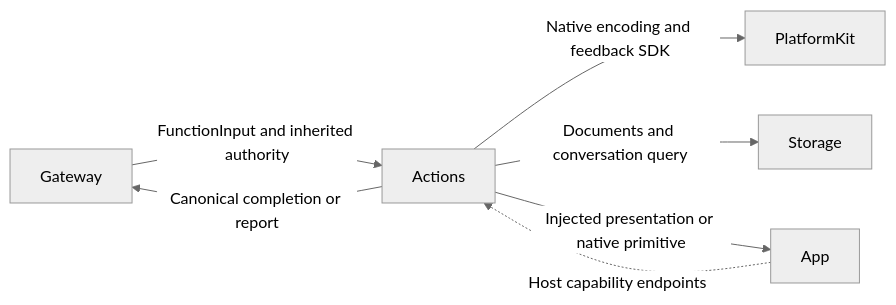
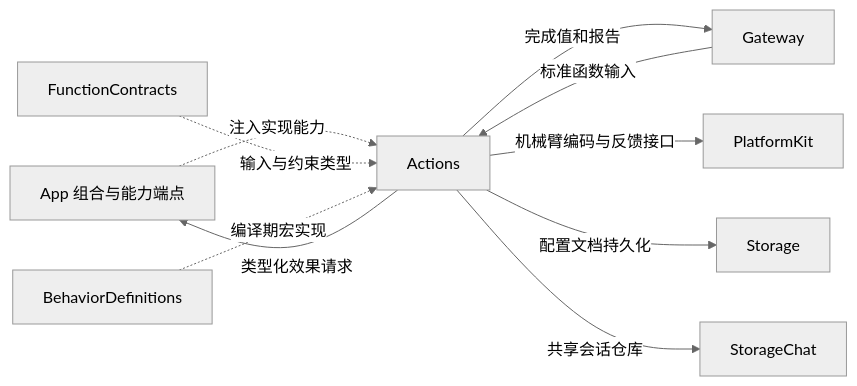
The first of 2 diagrams in MobileHarness/Actions/README.md (devilyouwei/MobileHarness), drawn with Mermaid (neutral theme) before and after one commit. The commit also changed other lines of this file and 108 other files, not shown here.

First line of the commit message:
refactor: split conversation storage and refine history UI

````diff
--- a/MobileHarness/Actions/README.md
+++ b/MobileHarness/Actions/README.md
@@ -15,9 +17,12 @@
 ```mermaid
 flowchart LR
- Gateway -->|FunctionInput and inherited authority| Actions
- App -.->|Host capability endpoints| Actions
- Actions -->|Native encoding and feedback SDK| PlatformKit
- Actions -->|Documents and conversation query| Storage
- Actions -->|Injected presentation or native primitive| App
- Actions -->|Canonical completion or report| Gateway
+    Host[App 组合与能力端点] -.->|注入实现能力| A[Actions]
+    A -->|类型化效果请求| Host
+    Gateway -->|标准函数输入| A
+    A -->|完成值和报告| Gateway
+    A -->|机械臂编码与反馈接口| PlatformKit
+    A -->|配置文档持久化| Storage
+    A -->|共享会话仓库| StorageChat
+    Contracts[FunctionContracts] -.->|输入与约束类型| A
+    Macros[BehaviorDefinitions] -.->|编译期宏实现| A
 ```
````
